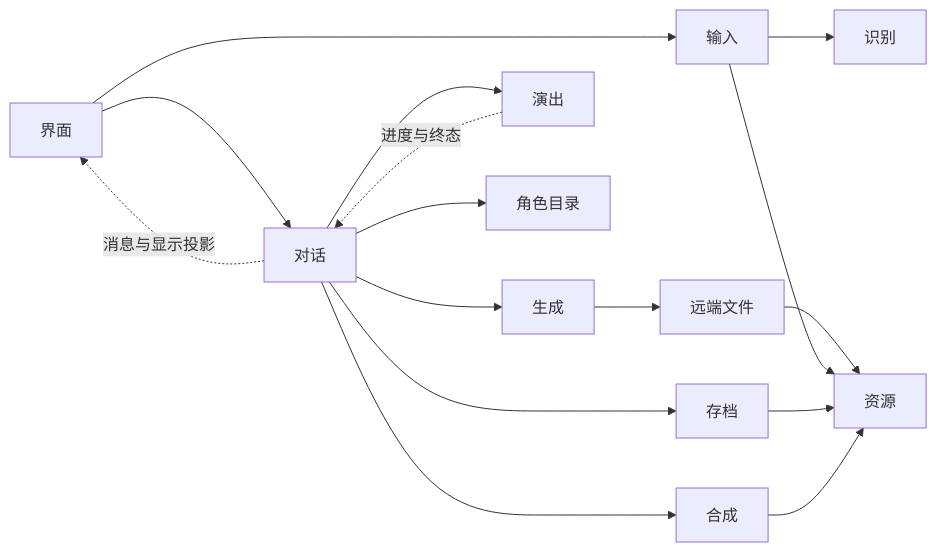
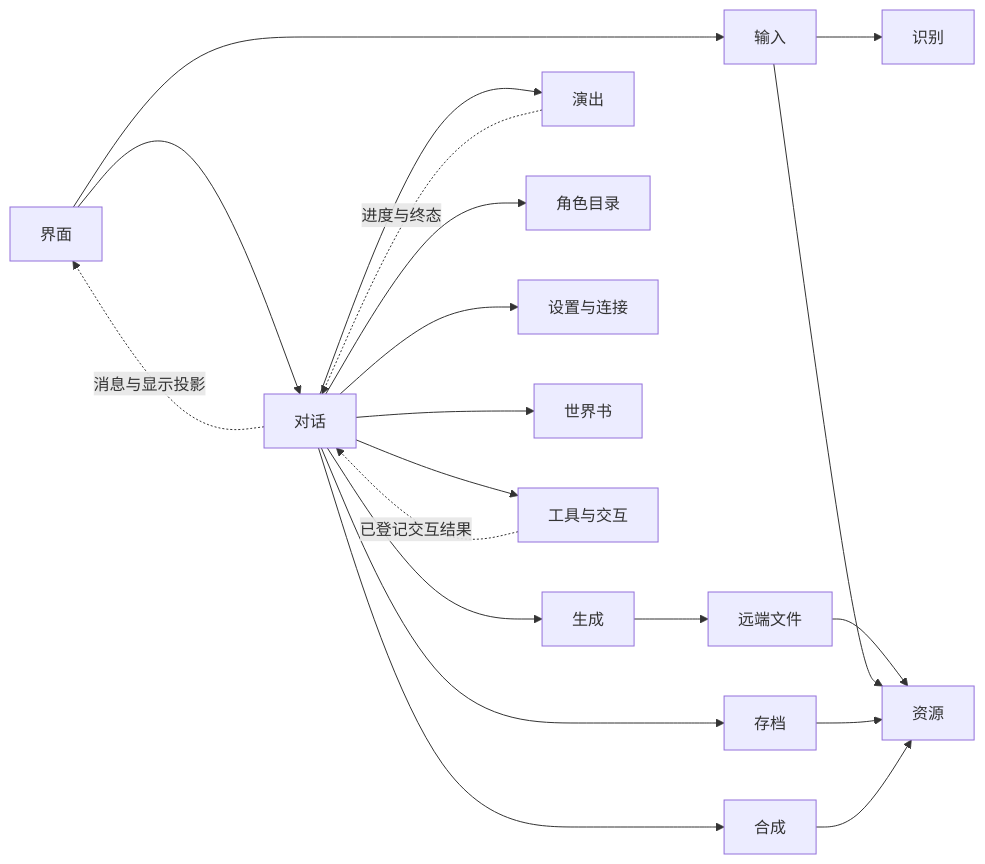
Before and after one commit to MacchaPafe/D_sakiko: the diagram in dsakiko-electron/docs/core-interfaces.md, drawn with Mermaid. The commit also changed other lines of this file and 29 other files, not shown here.

````diff
--- a/dsakiko-electron/docs/core-interfaces.md
+++ b/dsakiko-electron/docs/core-interfaces.md
@@ -36,18 +52,22 @@
 ```mermaid
 flowchart LR
     UI[界面] --> Input[输入]
     Input --> Recognition[识别]
     UI --> Conversation[对话]
     Conversation --> Agent[生成]
     Agent --> RemoteFiles[远端文件]
     RemoteFiles --> Assets[资源]
     Conversation --> Speech[合成]
     Conversation --> Performance[演出]
     Conversation --> Store[存档]
     Conversation --> Characters[角色目录]
+    Conversation --> Settings[设置与连接]
+    Conversation --> Worldbook[世界书]
+    Conversation --> Tools[工具与交互]
+    Tools -. 已登记交互结果 .-> Conversation
     Performance -. 进度与终态 .-> Conversation
     Conversation -. 消息与显示投影 .-> UI
     Input --> Assets[资源]
     Store --> Assets
     Speech --> Assets
 ```
````
